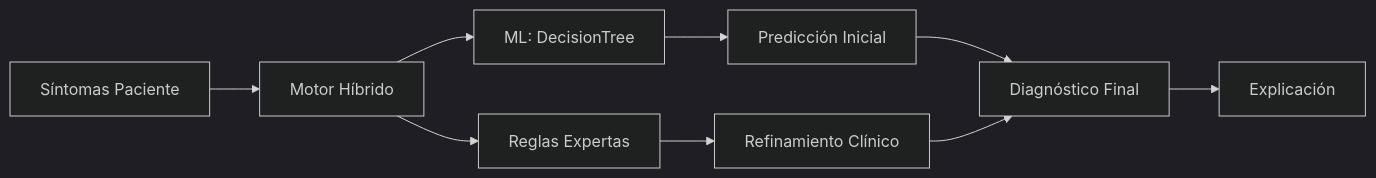
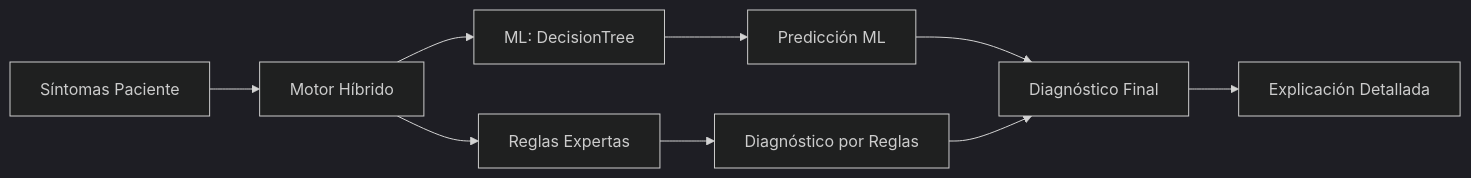
One commit to never130/Politecnico_Sistema_Experto changed the diagram in README.md. Above: the diagram before and after it, drawn with Mermaid (dark theme). The commit also changed other lines of this file and 2 other files, not shown here.

````diff
--- a/README.md
+++ b/README.md
@@ -29,11 +40,11 @@
 ```mermaid
 graph LR
     A[Síntomas Paciente] --> B[Motor Híbrido]
     B --> C[ML: DecisionTree]
     B --> D[Reglas Expertas]
-    C --> E[Predicción Inicial]
-    D --> F[Refinamiento Clínico]
+    C --> E[Predicción ML]
+    D --> F[Diagnóstico por Reglas]
     E --> G[Diagnóstico Final]
     F --> G
-    G --> H[Explicación]
+    G --> H[Explicación Detallada]
 ```
````
